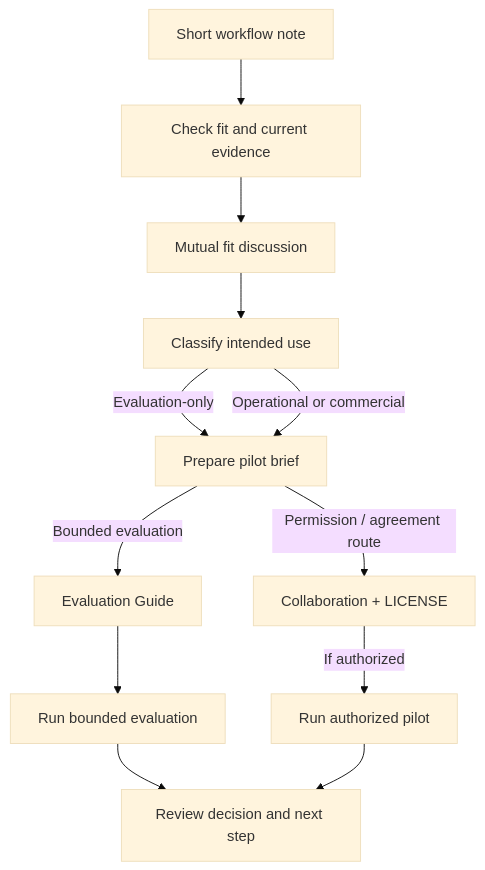
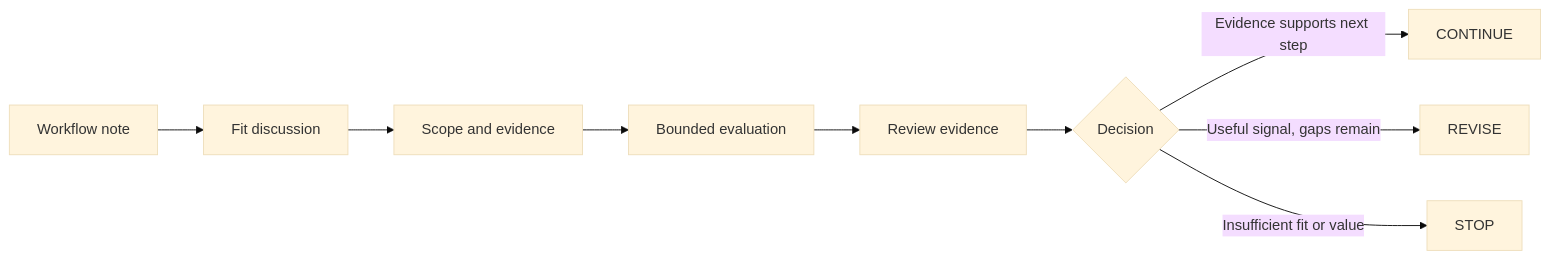
The diagram in docs/project/community/PARTNERS.md (jakbuczarnecki/intergrax), drawn with Mermaid (base theme) before and after one commit. The commit also changed other lines of this file, not shown here.

Commit message:
docs: make partner pilot path value-first

````diff
--- a/docs/project/community/PARTNERS.md
+++ b/docs/project/community/PARTNERS.md
@@ -63,14 +108,11 @@
 ```mermaid
-flowchart TD
-    A[Short workflow note] --> B[Check fit and current evidence]
-    B --> C[Mutual fit discussion]
-    C --> D[Classify intended use]
-    D -->|Evaluation-only| E[Prepare pilot brief]
-    D -->|Operational or commercial| E
-    E -->|Bounded evaluation| F[Evaluation Guide]
-    F --> G[Run bounded evaluation]
-    E -->|Permission / agreement route| H[Collaboration + LICENSE]
-    H -->|If authorized| I[Run authorized pilot]
-    G --> J[Review decision and next step]
-    I --> J
+flowchart LR
+    A[Workflow note] --> B[Fit discussion]
+    B --> C[Scope and evidence]
+    C --> D[Bounded evaluation]
+    D --> E[Review evidence]
+    E --> F{Decision}
+    F -->|Evidence supports next step| G[CONTINUE]
+    F -->|Useful signal, gaps remain| H[REVISE]
+    F -->|Insufficient fit or value| I[STOP]
 ```
````
